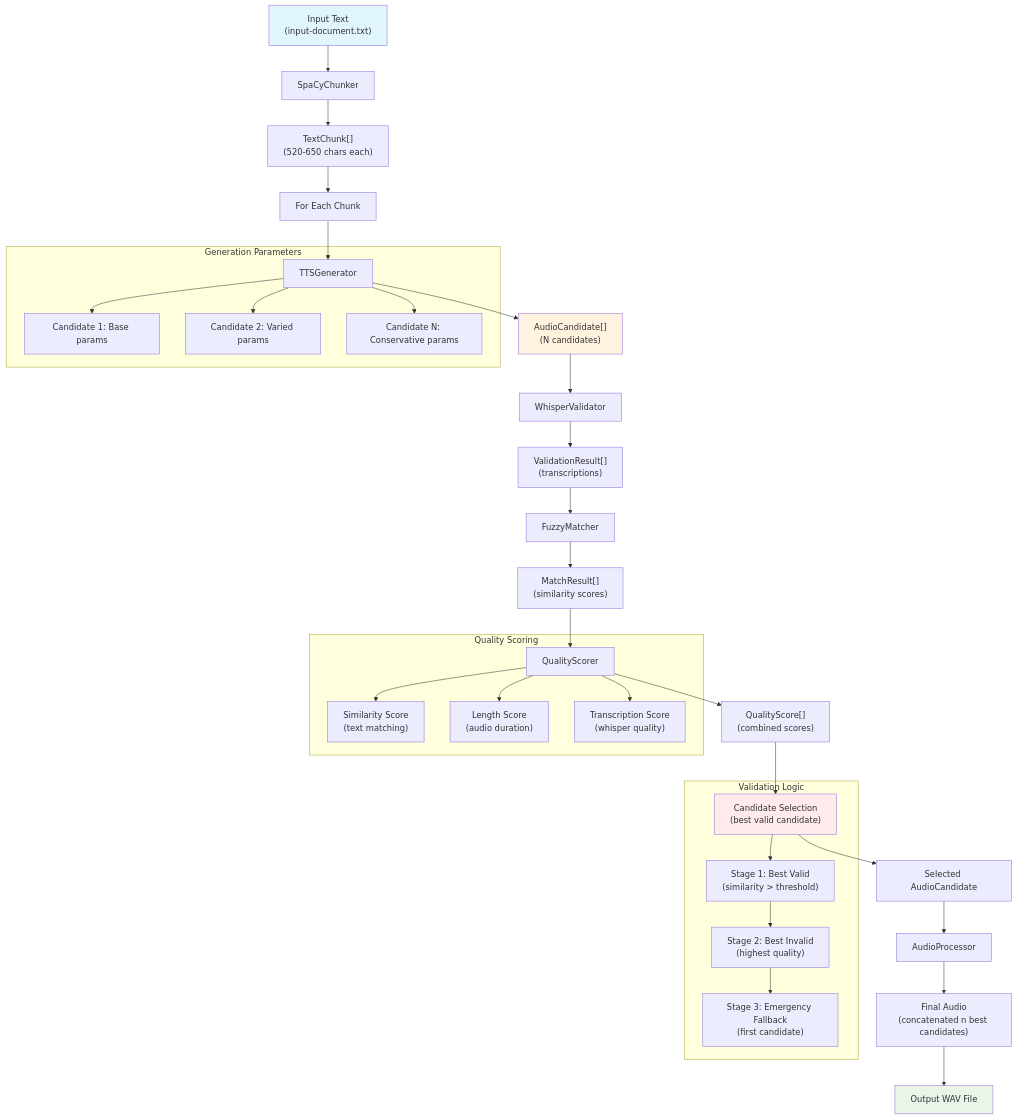
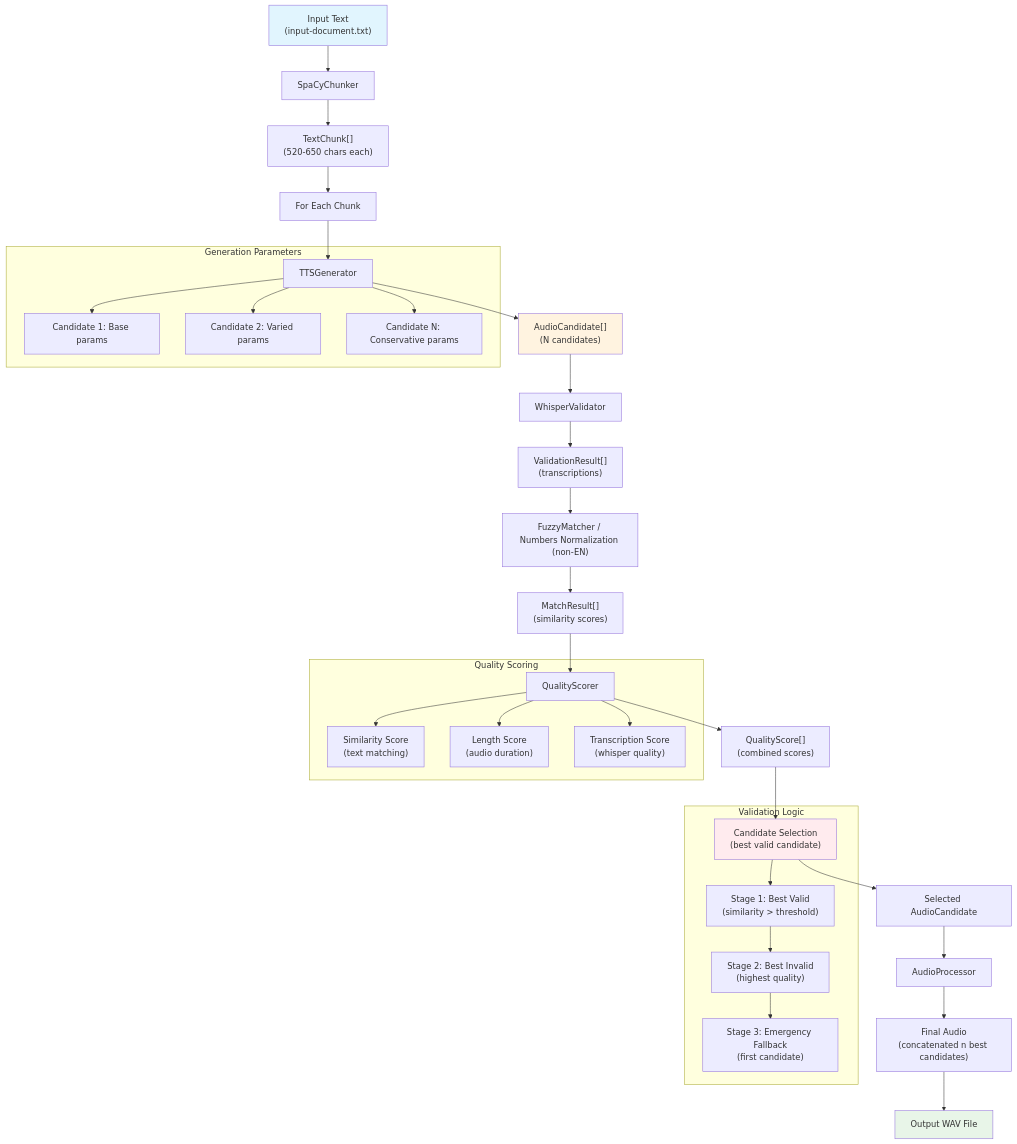
Before and after one commit to MoebiusSt/chatterbox-pipeline: the diagram in README.md, drawn with Mermaid. The commit also changed other lines of this file and 4 other files, not shown here.

Commit message:
docs+deps: document number normalization modes and year-to-words; add num2words and word2num-de to requirements; update diagrams and agent readme; clarify install steps

````diff
--- a/README.md
+++ b/README.md
@@ -245,57 +244,57 @@
 ```mermaid
 graph TD
     A["Input Text<br/>(input-document.txt)"] --> B["SpaCyChunker"]
     B --> C["TextChunk[]<br/>(520-650 chars each)"]
     
     C --> D["For Each Chunk"]
     D --> E["TTSGenerator"]
     E --> F["AudioCandidate[]<br/>(N candidates)"]
     
     F --> G["WhisperValidator"]
     G --> H["ValidationResult[]<br/>(transcriptions)"]
     
-    H --> I["FuzzyMatcher"]
+    H --> I["FuzzyMatcher / Numbers Normalization (non-EN)"]
     I --> J["MatchResult[]<br/>(similarity scores)"]
     
     J --> K["QualityScorer"]
     K --> L["QualityScore[]<br/>(combined scores)"]
     
     L --> M["Candidate Selection<br/>(best valid candidate)"]
     M --> N["Selected AudioCandidate"]
     
     N --> O["AudioProcessor"]
     O --> P["Final Audio<br/>(concatenated n best candidates)"]
     P --> Q["Output WAV File"]
     
     subgraph "Generation Parameters"
         E1["Candidate 1: Base params"]
         E2["Candidate 2: Varied params"]
         E3["Candidate N: Conservative params"]
         E --> E1
         E --> E2
         E --> E3
     end
     
     subgraph "Validation Logic"
         V1["Stage 1: Best Valid<br/>(similarity > threshold)"]
         V2["Stage 2: Best Invalid<br/>(highest quality)"]
         V3["Stage 3: Emergency Fallback<br/>(first candidate)"]
         M --> V1
         V1 --> V2
         V2 --> V3
     end
     
     subgraph "Quality Scoring"
         Q1["Similarity Score<br/>(text matching)"]
         Q2["Length Score<br/>(audio duration)"]
         Q3["Transcription Score<br/>(whisper quality)"]
         K --> Q1
         K --> Q2
         K --> Q3
     end
     
     style A fill:#e1f5fe
     style Q fill:#e8f5e8
     style F fill:#fff3e0
     style M fill:#ffebee
 ```
````
